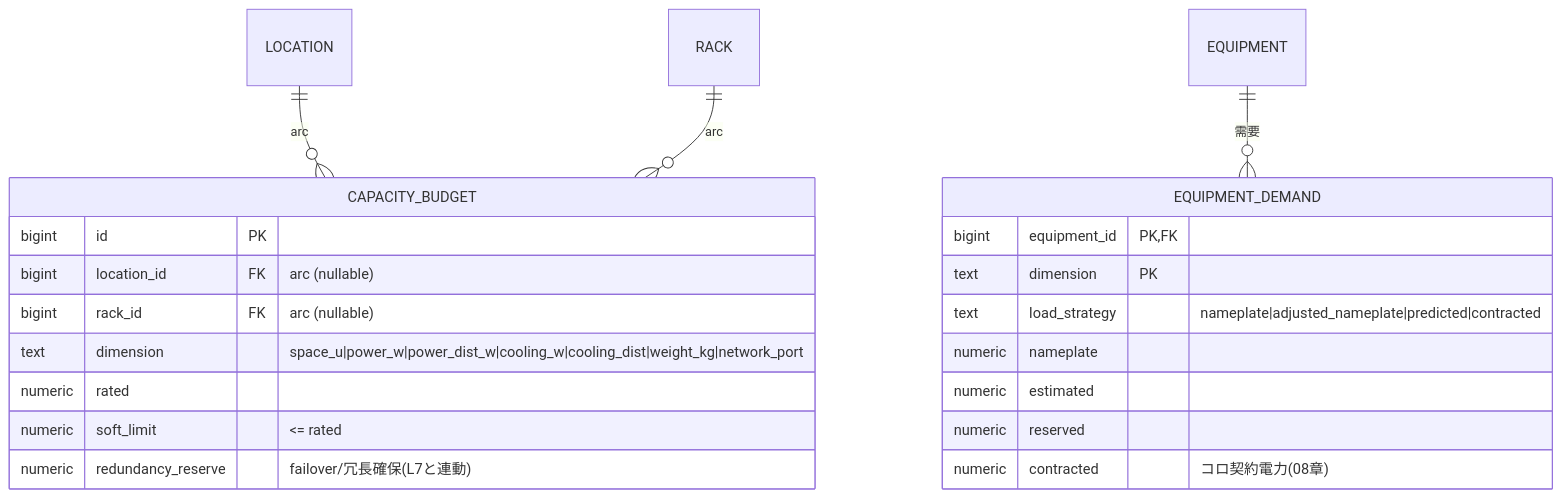
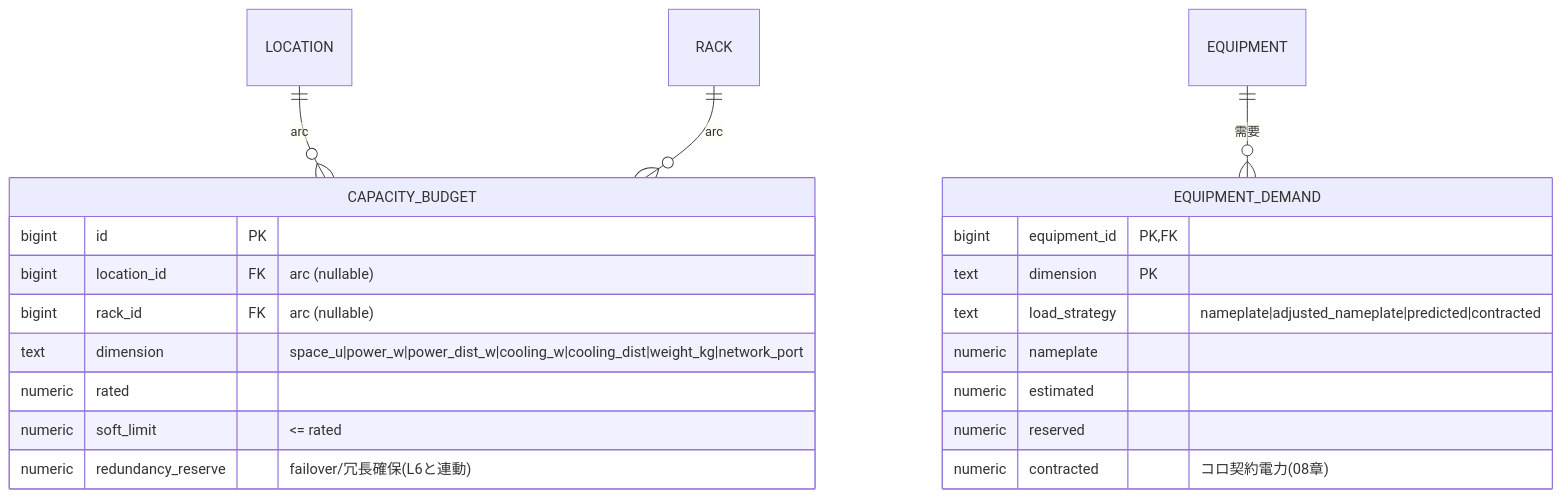
Before and after one commit to hn-11/dcim-schema-design: the eighth of 9 diagrams in 03-finalists.md, drawn with Mermaid. The commit also changed other lines of this file and 13 other files, not shown here.

````diff
--- a/03-finalists.md
+++ b/03-finalists.md
@@ -397,25 +482,25 @@
 ```mermaid
 erDiagram
     LOCATION ||--o{ CAPACITY_BUDGET : "arc"
     RACK ||--o{ CAPACITY_BUDGET : "arc"
     EQUIPMENT ||--o{ EQUIPMENT_DEMAND : 需要
 
     CAPACITY_BUDGET {
         bigint id PK
         bigint location_id FK "arc (nullable)"
         bigint rack_id FK "arc (nullable)"
         text dimension "space_u|power_w|power_dist_w|cooling_w|cooling_dist|weight_kg|network_port"
         numeric rated
         numeric soft_limit "<= rated"
-        numeric redundancy_reserve "failover/冗長確保(L7と連動)"
+        numeric redundancy_reserve "failover/冗長確保(L6と連動)"
     }
     EQUIPMENT_DEMAND {
         bigint equipment_id PK,FK
         text dimension PK
         text load_strategy "nameplate|adjusted_nameplate|predicted|contracted"
         numeric nameplate
         numeric estimated
         numeric reserved
         numeric contracted "コロ契約電力(08章)"
     }
 ```
````
